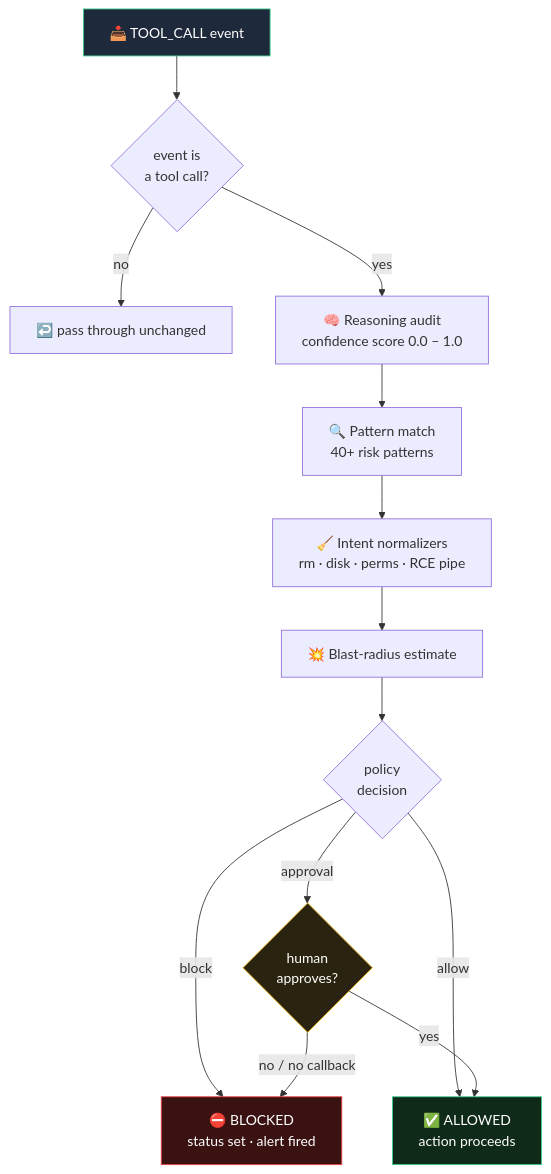
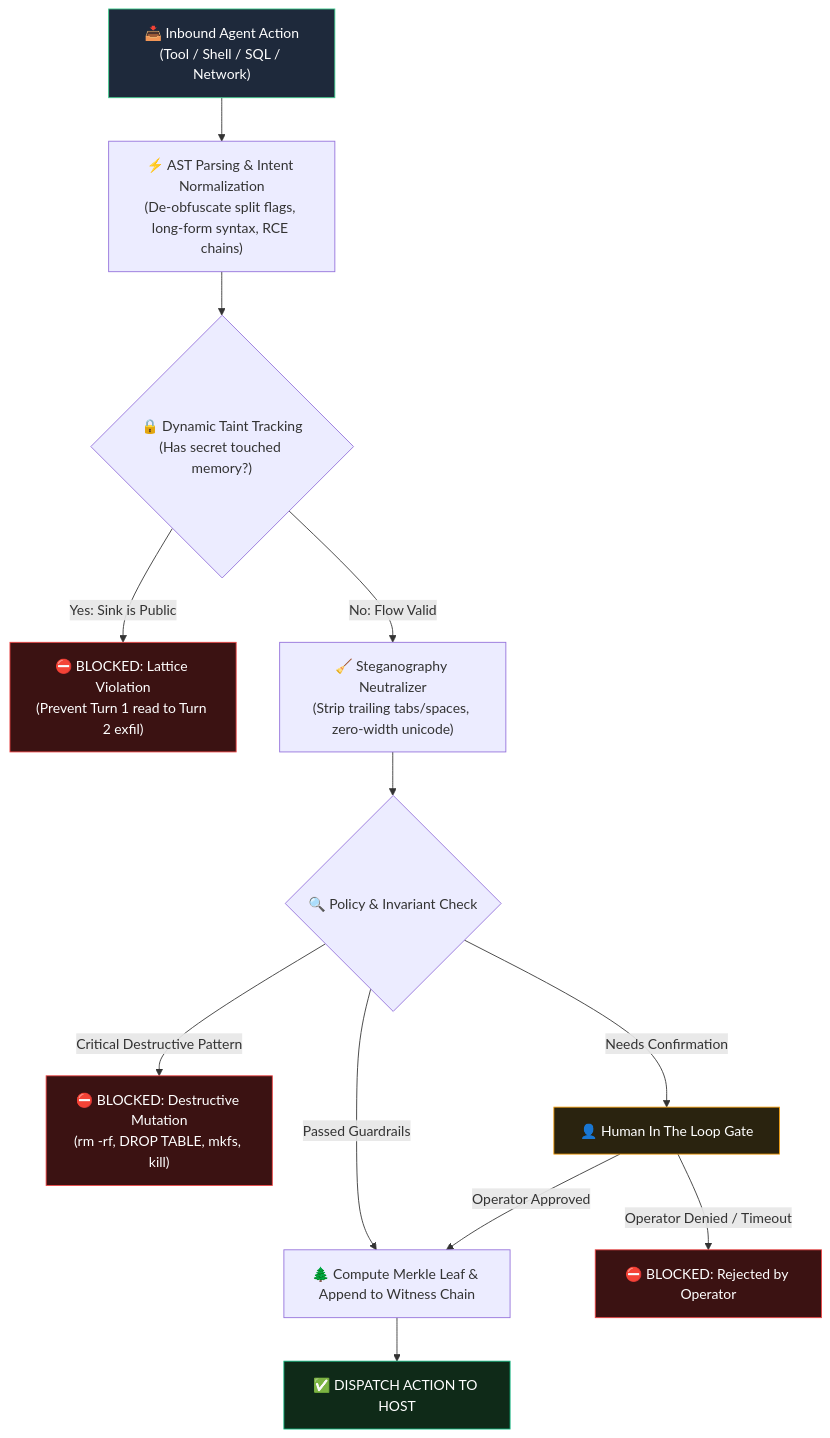
Before and after one commit to zqf20096327/dbhub_collect: the third of 6 diagrams in data/readmes/Shinraya-Tech-Labs__AgentWatch.md, drawn with Mermaid. The commit also changed other lines of this file and 255 other files, not shown here.

````diff
--- a/data/readmes/Shinraya-Tech-Labs__AgentWatch.md
+++ b/data/readmes/Shinraya-Tech-Labs__AgentWatch.md
@@ -203,23 +168,25 @@
 ```mermaid
 flowchart TD
-    EV["📥 TOOL_CALL event"] --> CHK{"event is<br/>a tool call?"}
-    CHK -->|no| PASS["↩️ pass through unchanged"]
-    CHK -->|yes| AUDIT["🧠 Reasoning audit<br/>confidence score 0.0 – 1.0"]
+    START["📥 Inbound Agent Action<br/>(Tool / Shell / SQL / Network)"] --> PARSE["⚡ AST Parsing & Intent Normalization<br/>(De-obfuscate split flags, long-form syntax, RCE chains)"]
+    
+    PARSE --> TAINT{"🔒 Dynamic Taint Tracking<br/>(Has secret touched memory?)"}
+    TAINT -->|Yes: Sink is Public| BLOCK_TAINT["⛔ BLOCKED: Lattice Violation<br/>(Prevent Turn 1 read to Turn 2 exfil)"]
+    TAINT -->|No: Flow Valid| STEGO["🧹 Steganography Neutralizer<br/>(Strip trailing tabs/spaces, zero-width unicode)"]
 
-    AUDIT --> MATCH["🔍 Pattern match<br/>40+ risk patterns"]
-    MATCH --> NORM["🧹 Intent normalizers<br/>rm · disk · perms · RCE pipe"]
-    NORM --> BLAST["💥 Blast-radius estimate"]
+    STEGO --> POLICY{"🔍 Policy & Invariant Check"}
+    POLICY -->|Critical Destructive Pattern| BLOCK_CRIT["⛔ BLOCKED: Destructive Mutation<br/>(rm -rf, DROP TABLE, mkfs, kill)"]
+    POLICY -->|Needs Confirmation| HITL["👤 Human In The Loop Gate"]
+    POLICY -->|Passed Guardrails| ATTEST["🌲 Compute Merkle Leaf & Append to Witness Chain"]
 
-    BLAST --> DECIDE{"policy<br/>decision"}
-    DECIDE -->|block| BLOCK["⛔ BLOCKED<br/>status set · alert fired"]
-    DECIDE -->|approval| HITL{"human<br/>approves?"}
-    DECIDE -->|allow| ALLOW["✅ ALLOWED<br/>action proceeds"]
+    HITL -->|Operator Approved| ATTEST
+    HITL -->|Operator Denied / Timeout| BLOCK_DENY["⛔ BLOCKED: Rejected by Operator"]
 
-    HITL -->|yes| ALLOW
-    HITL -->|no / no callback| BLOCK
+    ATTEST --> EXEC["✅ DISPATCH ACTION TO HOST"]
 
-    style EV fill:#1e293b,stroke:#3ecf8e,color:#fff
-    style BLOCK fill:#3b1212,stroke:#ef4444,color:#fff
-    style ALLOW fill:#0f2a18,stroke:#3ecf8e,color:#fff
-    style HITL fill:#2a230f,stroke:#eab308,color:#fff
+    style START fill:#1e293b,stroke:#3ecf8e,color:#fff
+    style BLOCK_TAINT fill:#3b1212,stroke:#ef4444,color:#fff
+    style BLOCK_CRIT fill:#3b1212,stroke:#ef4444,color:#fff
+    style BLOCK_DENY fill:#3b1212,stroke:#ef4444,color:#fff
+    style EXEC fill:#0f2a18,stroke:#10b981,color:#fff
+    style HITL fill:#2a230f,stroke:#f59e0b,color:#fff
 ```
````
